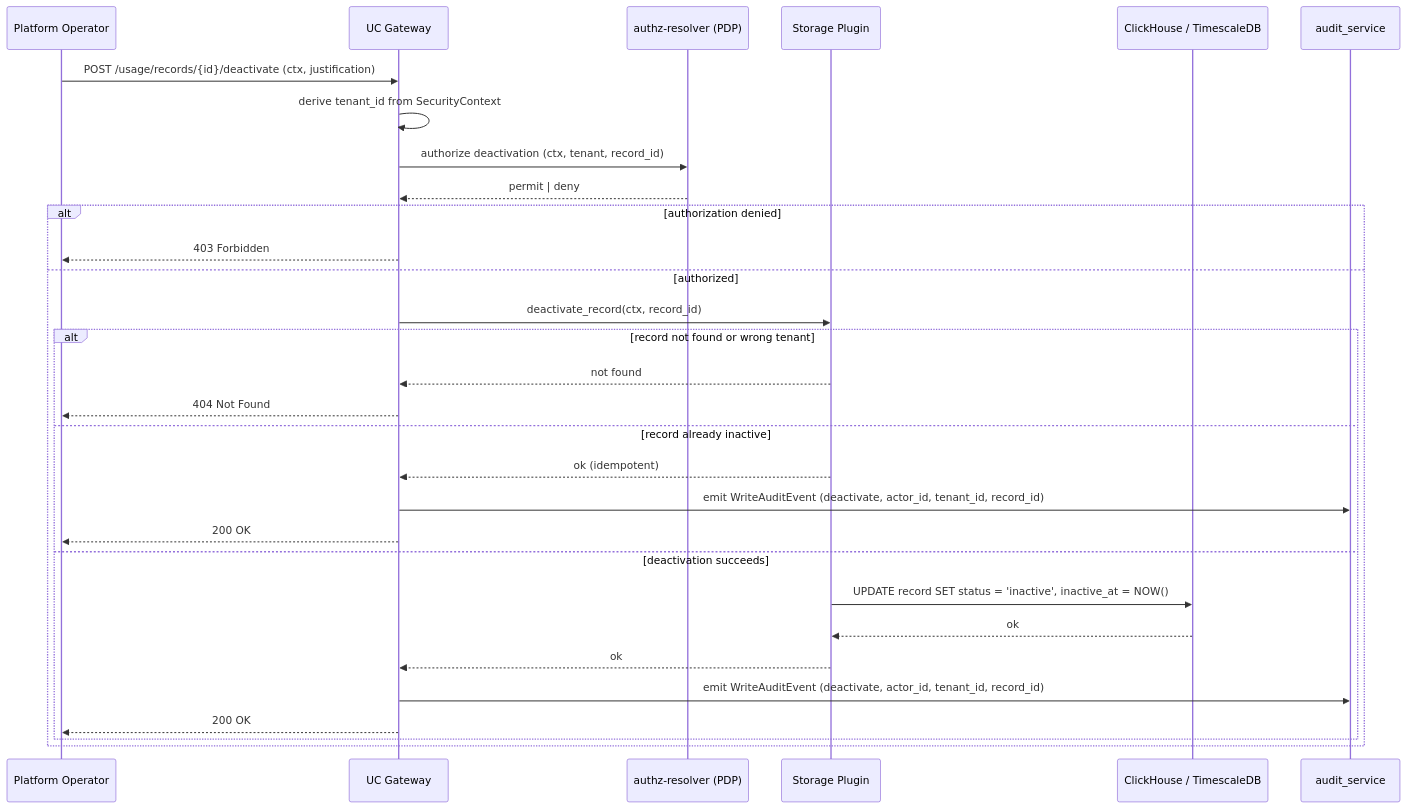
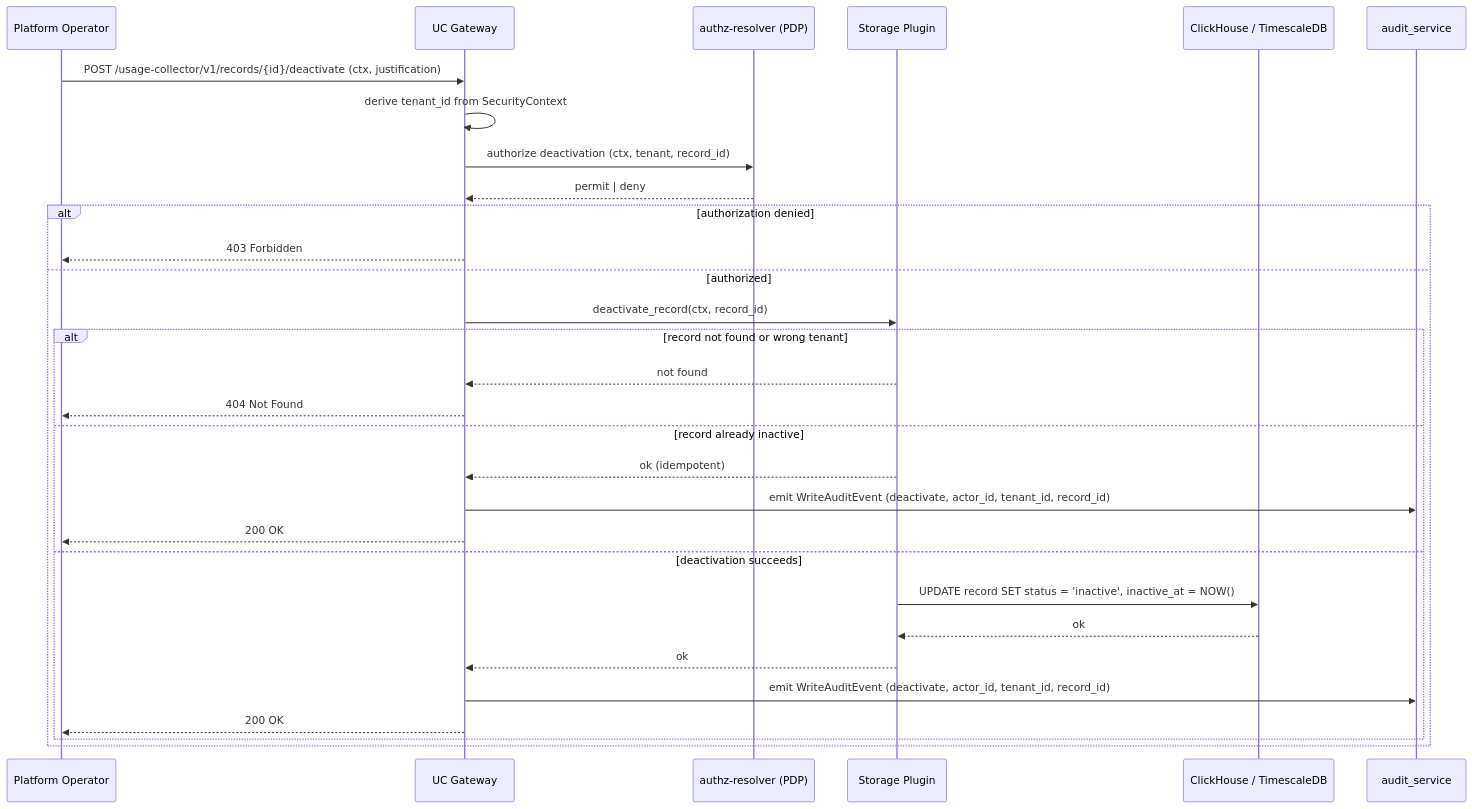
One commit to capybutler/cyberfabric-core changed the eighth of 8 diagrams in modules/system/usage-collector/docs/DESIGN.md. Above: the diagram before and after it, drawn with Mermaid. The commit also changed other lines of this file and 20 other files, not shown here.

First line of the commit message:
feat(usage-collector): add SDK crate and design documentation

````diff
--- a/modules/system/usage-collector/docs/DESIGN.md
+++ b/modules/system/usage-collector/docs/DESIGN.md
@@ -753,33 +936,33 @@
 ```mermaid
 sequenceDiagram
     participant Op as Platform Operator
     participant GW as UC Gateway
     participant PDP as authz-resolver (PDP)
     participant Plugin as Storage Plugin
     participant DB as ClickHouse / TimescaleDB
     participant AS as audit_service
 
-    Op->>GW: POST /usage/records/{id}/deactivate (ctx, justification)
+    Op->>GW: POST /usage-collector/v1/records/{id}/deactivate (ctx, justification)
     GW->>GW: derive tenant_id from SecurityContext
     GW->>PDP: authorize deactivation (ctx, tenant, record_id)
     PDP-->>GW: permit | deny
     alt authorization denied
         GW-->>Op: 403 Forbidden
     else authorized
         GW->>Plugin: deactivate_record(ctx, record_id)
         alt record not found or wrong tenant
             Plugin-->>GW: not found
             GW-->>Op: 404 Not Found
         else record already inactive
             Plugin-->>GW: ok (idempotent)
             GW->>AS: emit WriteAuditEvent (deactivate, actor_id, tenant_id, record_id)
             GW-->>Op: 200 OK
         else deactivation succeeds
             Plugin->>DB: UPDATE record SET status = 'inactive', inactive_at = NOW()
             DB-->>Plugin: ok
             Plugin-->>GW: ok
             GW->>AS: emit WriteAuditEvent (deactivate, actor_id, tenant_id, record_id)
             GW-->>Op: 200 OK
         end
     end
 ```
````
